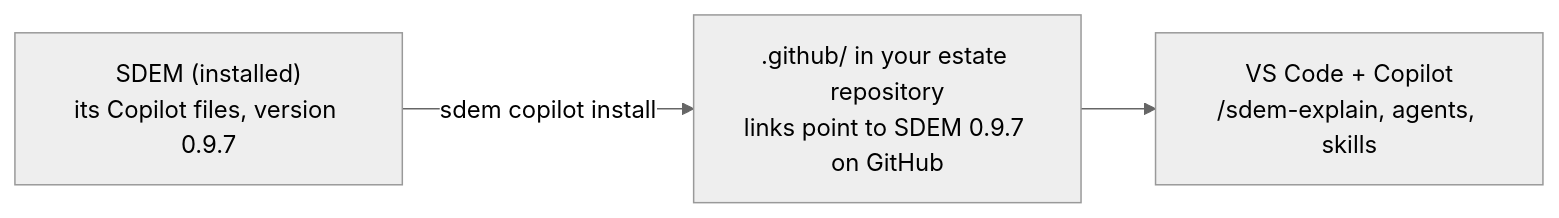
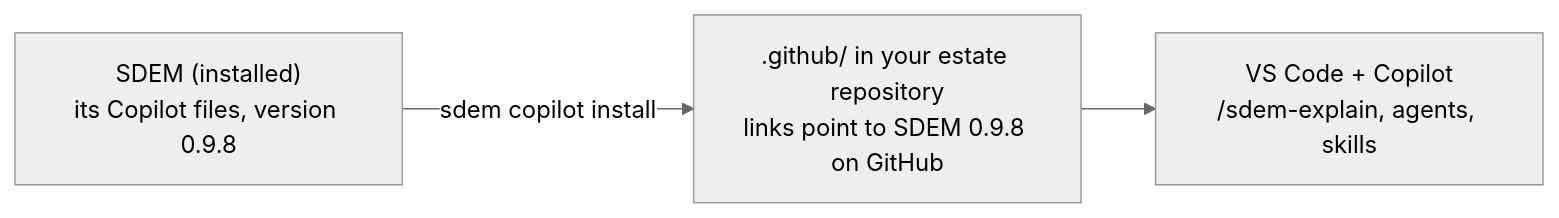
One commit to taumoeps/bian-sdem-framework changed the diagram in docs/design/sdem-copilot-install-design.md. Above: the diagram before and after it, drawn with Mermaid (neutral theme). The commit also changed 207 other files, not shown here.

````diff
--- a/docs/design/sdem-copilot-install-design.md
+++ b/docs/design/sdem-copilot-install-design.md
@@ -18,5 +18,5 @@
 ```mermaid
 flowchart LR
-    S["SDEM (installed)<br/>its Copilot files, version 0.9.7"] -- "sdem copilot install" --> E[".github/ in your estate repository<br/>links point to SDEM 0.9.7 on GitHub"]
+    S["SDEM (installed)<br/>its Copilot files, version 0.9.8"] -- "sdem copilot install" --> E[".github/ in your estate repository<br/>links point to SDEM 0.9.8 on GitHub"]
     E --> V["VS Code + Copilot<br/>/sdem-explain, agents, skills"]
 ```
````
